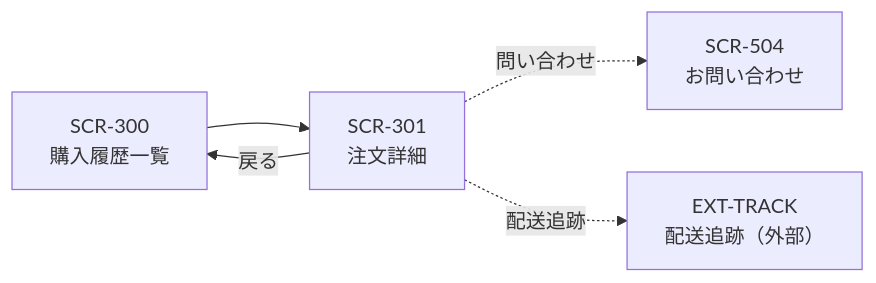
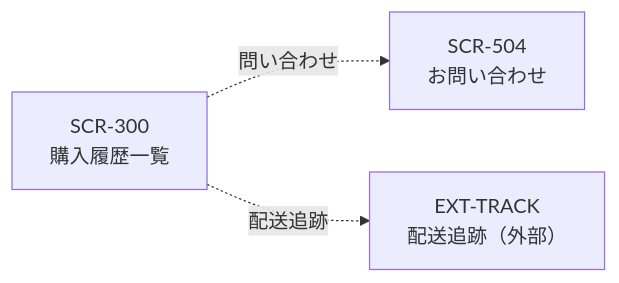
One commit to YukaHasebe/bi-su-app changed the ninth of 17 diagrams in docs/04_画面遷移図.md. Above: the diagram before and after it, drawn with Mermaid. The commit also changed other lines of this file and 6 other files, not shown here.

````diff
--- a/docs/04_画面遷移図.md
+++ b/docs/04_画面遷移図.md
@@ -268,7 +262,6 @@
 ```mermaid
 flowchart LR
-    A["SCR-300\n購入履歴一覧"] --> B["SCR-301\n注文詳細"]
-    B -->|戻る| A
-    B -.->|問い合わせ| C["SCR-504\nお問い合わせ"]
-    B -.->|配送追跡| D["EXT-TRACK\n配送追跡（外部）"]
+    A["SCR-300\n購入履歴一覧"]
+    A -.->|問い合わせ| B["SCR-504\nお問い合わせ"]
+    A -.->|配送追跡| C["EXT-TRACK\n配送追跡（外部）"]
 ```
````
